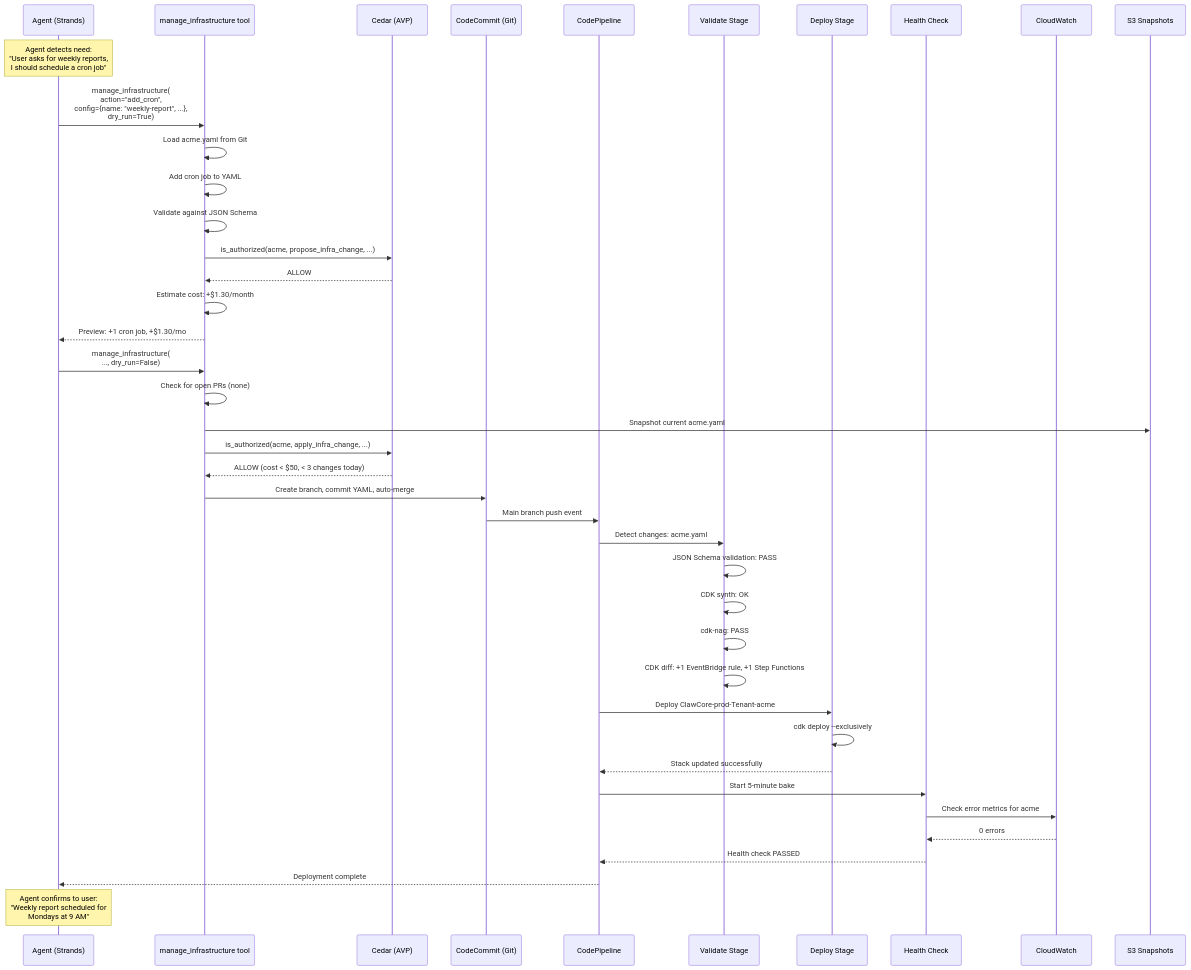
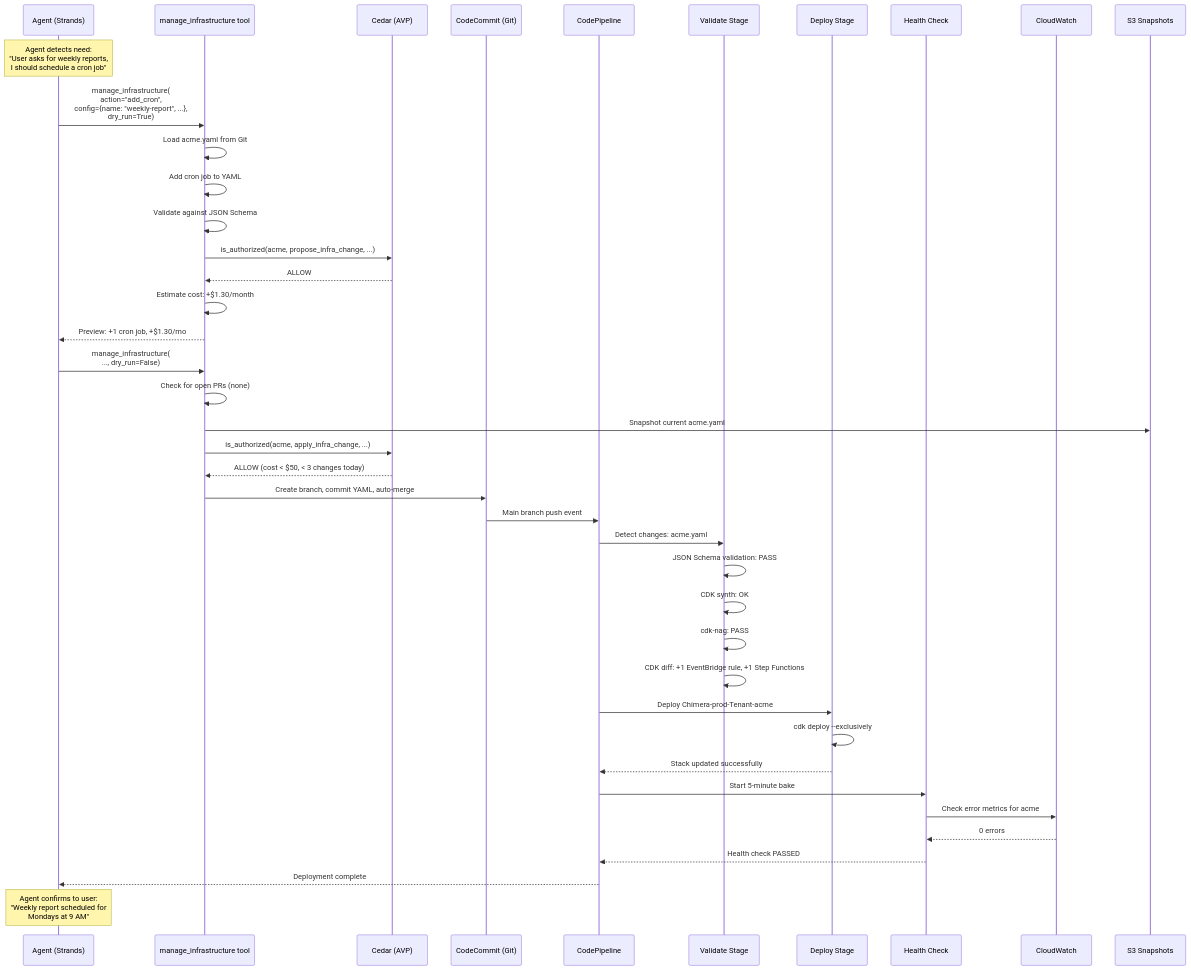
Before and after one commit to Codeseys-Labs/chimera: the eighth of 8 diagrams in docs/research/enhancement/04-Self-Modifying-IaC-Patterns.md, drawn with Mermaid. The commit also changed other lines of this file and 40 other files, not shown here.

First line of the commit message:
Rename ClawCore → Chimera throughout codebase

````diff
--- a/docs/research/enhancement/04-Self-Modifying-IaC-Patterns.md
+++ b/docs/research/enhancement/04-Self-Modifying-IaC-Patterns.md
@@ -2340,50 +2340,50 @@
 ```mermaid
 sequenceDiagram
     participant A as Agent (Strands)
     participant T as manage_infrastructure tool
     participant C as Cedar (AVP)
     participant G as CodeCommit (Git)
     participant P as CodePipeline
     participant V as Validate Stage
     participant D as Deploy Stage
     participant H as Health Check
     participant CW as CloudWatch
     participant S3 as S3 Snapshots
 
     Note over A: Agent detects need:<br/>"User asks for weekly reports,<br/>I should schedule a cron job"
 
     A->>T: manage_infrastructure(<br/>action="add_cron",<br/>config={name: "weekly-report", ...},<br/>dry_run=True)
     T->>T: Load acme.yaml from Git
     T->>T: Add cron job to YAML
     T->>T: Validate against JSON Schema
     T->>C: is_authorized(acme, propose_infra_change, ...)
     C-->>T: ALLOW
     T->>T: Estimate cost: +$1.30/month
     T-->>A: Preview: +1 cron job, +$1.30/mo
 
     A->>T: manage_infrastructure(<br/>..., dry_run=False)
     T->>T: Check for open PRs (none)
     T->>S3: Snapshot current acme.yaml
     T->>C: is_authorized(acme, apply_infra_change, ...)
     C-->>T: ALLOW (cost < $50, < 3 changes today)
     T->>G: Create branch, commit YAML, auto-merge
 
     G->>P: Main branch push event
     P->>V: Detect changes: acme.yaml
     V->>V: JSON Schema validation: PASS
     V->>V: CDK synth: OK
     V->>V: cdk-nag: PASS
     V->>V: CDK diff: +1 EventBridge rule, +1 Step Functions
 
-    P->>D: Deploy ClawCore-prod-Tenant-acme
+    P->>D: Deploy Chimera-prod-Tenant-acme
     D->>D: cdk deploy --exclusively
     D-->>P: Stack updated successfully
 
     P->>H: Start 5-minute bake
     H->>CW: Check error metrics for acme
     CW-->>H: 0 errors
     H-->>P: Health check PASSED
 
     P-->>A: Deployment complete
     Note over A: Agent confirms to user:<br/>"Weekly report scheduled for<br/>Mondays at 9 AM"
 ```
````
